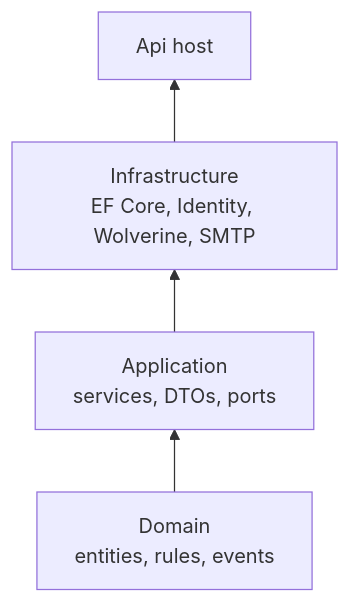
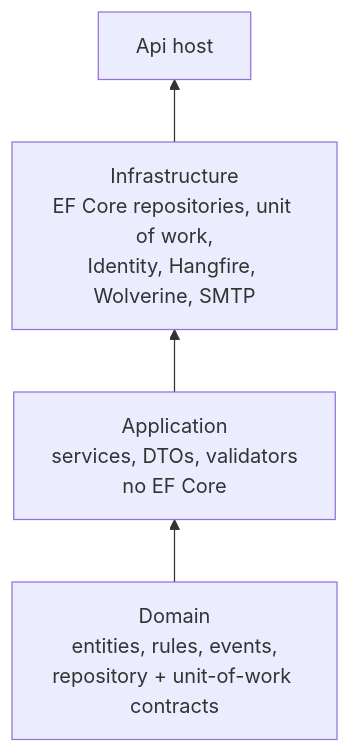
Before and after one commit to Mostafaa021/AppointmentScheduler: the second of 6 diagrams in docs/architecture.md, drawn with Mermaid. The commit also changed other lines of this file and 32 other files, not shown here.

First line of the commit message:
refactor: repository per aggregate + unit of work; Application drops EF Core

````diff
--- a/docs/architecture.md
+++ b/docs/architecture.md
@@ -18,6 +18,6 @@
 ```mermaid
 flowchart BT
-  D[Domain<br/>entities, rules, events] --> AP[Application<br/>services, DTOs, ports]
-  AP --> I[Infrastructure<br/>EF Core, Identity, Wolverine, SMTP]
+  D[Domain<br/>entities, rules, events,<br/>repository + unit-of-work contracts] --> AP[Application<br/>services, DTOs, validators<br/>no EF Core]
+  AP --> I[Infrastructure<br/>EF Core repositories, unit of work,<br/>Identity, Hangfire, Wolverine, SMTP]
   I --> API[Api host]
 ```
````
